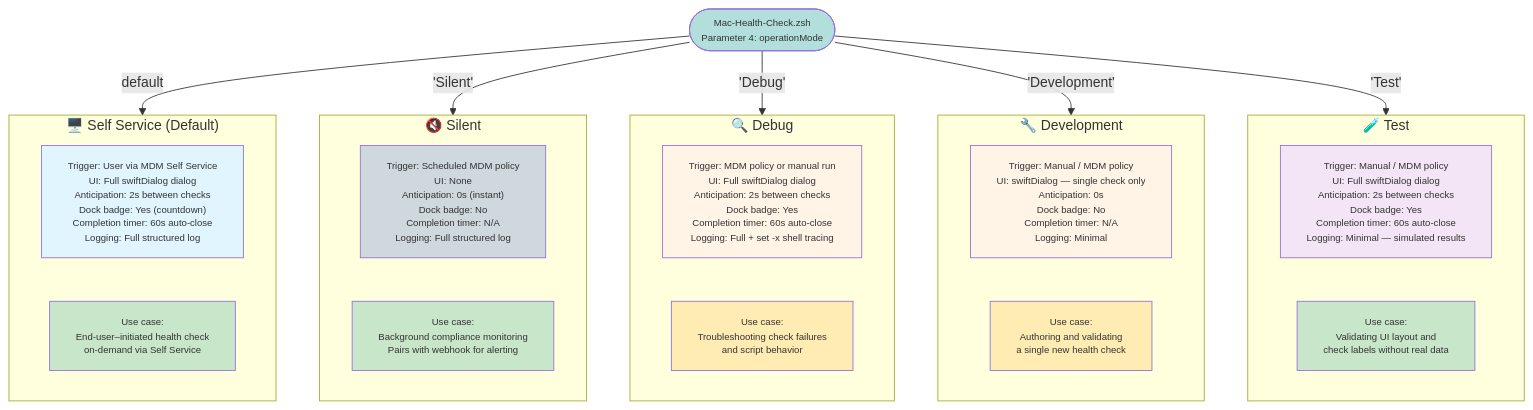
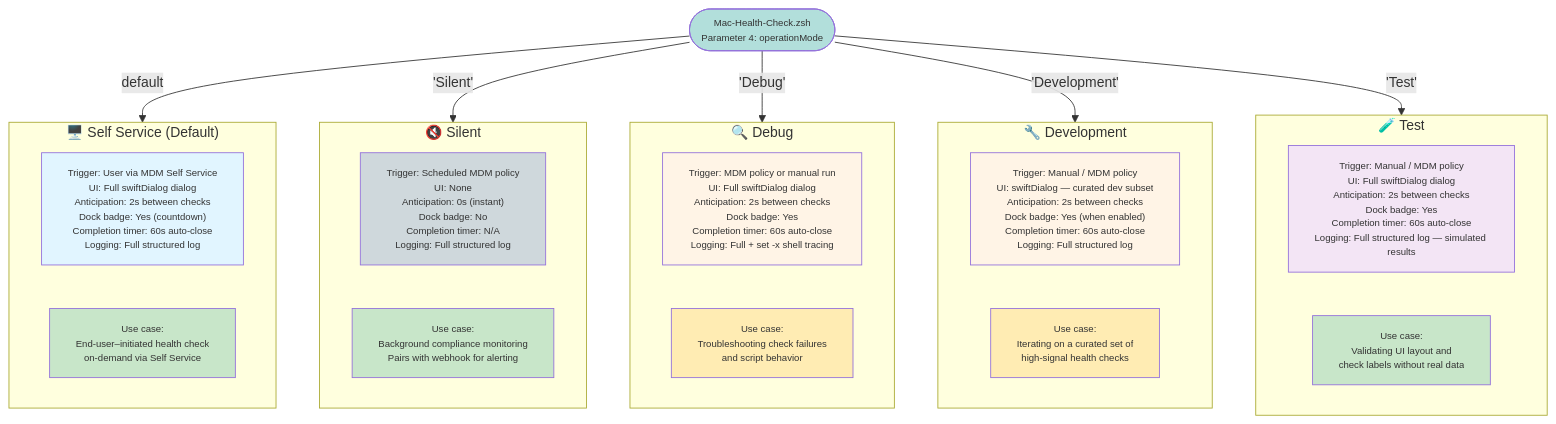
One commit to dan-snelson/Mac-Health-Check changed the diagram in Diagrams/05-operation-modes.md. Above: the diagram before and after it, drawn with Mermaid. The commit also changed other lines of this file and 6 other files, not shown here.

````diff
--- a/Diagrams/05-operation-modes.md
+++ b/Diagrams/05-operation-modes.md
@@ -5,54 +5,54 @@
 ```mermaid
 graph TB
     ENTRY(["Mac-Health-Check.zsh<br>Parameter 4: operationMode"])
 
     subgraph SelfService["🖥️ Self Service (Default)"]
         SS_DESC["Trigger: User via MDM Self Service<br>UI: Full swiftDialog dialog<br>Anticipation: 2s between checks<br>Dock badge: Yes (countdown)<br>Completion timer: 60s auto-close<br>Logging: Full structured log"]
         SS_USE["Use case:<br>End-user–initiated health check<br>on-demand via Self Service"]
 
         style SS_DESC fill:#e1f5ff
         style SS_USE fill:#c8e6c9
     end
 
     subgraph Silent["🔇 Silent"]
         SL_DESC["Trigger: Scheduled MDM policy<br>UI: None<br>Anticipation: 0s (instant)<br>Dock badge: No<br>Completion timer: N/A<br>Logging: Full structured log"]
         SL_USE["Use case:<br>Background compliance monitoring<br>Pairs with webhook for alerting"]
 
         style SL_DESC fill:#cfd8dc
         style SL_USE fill:#c8e6c9
     end
 
     subgraph Debug["🔍 Debug"]
         DB_DESC["Trigger: MDM policy or manual run<br>UI: Full swiftDialog dialog<br>Anticipation: 2s between checks<br>Dock badge: Yes<br>Completion timer: 60s auto-close<br>Logging: Full + set -x shell tracing"]
         DB_USE["Use case:<br>Troubleshooting check failures<br>and script behavior"]
 
         style DB_DESC fill:#fff4e6
         style DB_USE fill:#ffecb3
     end
 
     subgraph Development["🔧 Development"]
-        DV_DESC["Trigger: Manual / MDM policy<br>UI: swiftDialog — single check only<br>Anticipation: 0s<br>Dock badge: No<br>Completion timer: N/A<br>Logging: Minimal"]
-        DV_USE["Use case:<br>Authoring and validating<br>a single new health check"]
+        DV_DESC["Trigger: Manual / MDM policy<br>UI: swiftDialog — curated dev subset<br>Anticipation: 2s between checks<br>Dock badge: Yes (when enabled)<br>Completion timer: 60s auto-close<br>Logging: Full structured log"]
+        DV_USE["Use case:<br>Iterating on a curated set of<br>high-signal health checks"]
 
         style DV_DESC fill:#fff4e6
         style DV_USE fill:#ffecb3
     end
 
     subgraph Test["🧪 Test"]
-        TS_DESC["Trigger: Manual / MDM policy<br>UI: Full swiftDialog dialog<br>Anticipation: 2s between checks<br>Dock badge: Yes<br>Completion timer: 60s auto-close<br>Logging: Minimal — simulated results"]
+        TS_DESC["Trigger: Manual / MDM policy<br>UI: Full swiftDialog dialog<br>Anticipation: 2s between checks<br>Dock badge: Yes<br>Completion timer: 60s auto-close<br>Logging: Full structured log — simulated results"]
         TS_USE["Use case:<br>Validating UI layout and<br>check labels without real data"]
 
         style TS_DESC fill:#f3e5f5
         style TS_USE fill:#c8e6c9
     end
 
     ENTRY -->|default| SelfService
     ENTRY -->|"'Silent'"| Silent
     ENTRY -->|"'Debug'"| Debug
     ENTRY -->|"'Development'"| Development
     ENTRY -->|"'Test'"| Test
 
     style ENTRY fill:#b2dfdb
 
     classDef default font-size:11px
 ```
````
